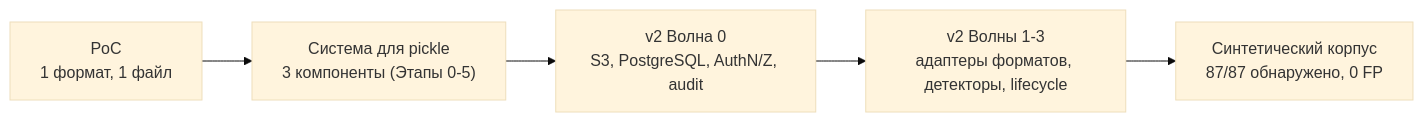
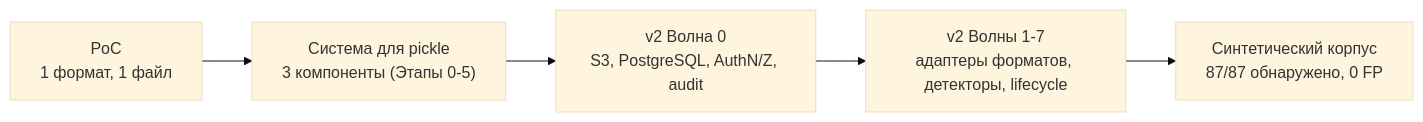
One commit to pol4/MLScan changed the first of 2 diagrams in README.md. Above: the diagram before and after it, drawn with Mermaid (base theme). The commit also changed other lines of this file and 1 other file, not shown here.

````diff
--- a/README.md
+++ b/README.md
@@ -32,7 +32,7 @@
 ```mermaid
 flowchart LR
   P["PoC<br/>1 формат, 1 файл"] --> S["Система для pickle<br/>3 компоненты (Этапы 0-5)"]
   S --> V0["v2 Волна 0<br/>S3, PostgreSQL, AuthN/Z, audit"]
-  V0 --> V1["v2 Волны 1-3<br/>адаптеры форматов, детекторы, lifecycle"]
+  V0 --> V1["v2 Волны 1-7<br/>адаптеры форматов, детекторы, lifecycle"]
   V1 --> T["Синтетический корпус<br/>87/87 обнаружено, 0 FP"]
 ```
````
